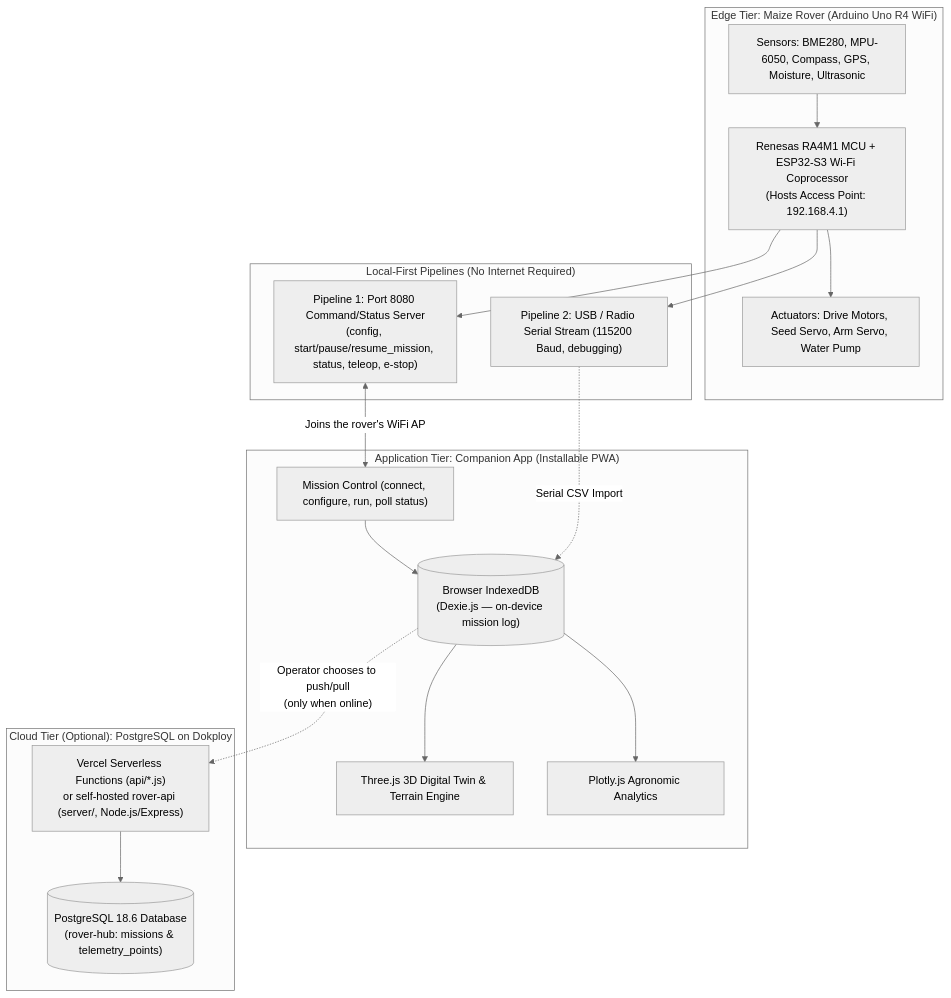
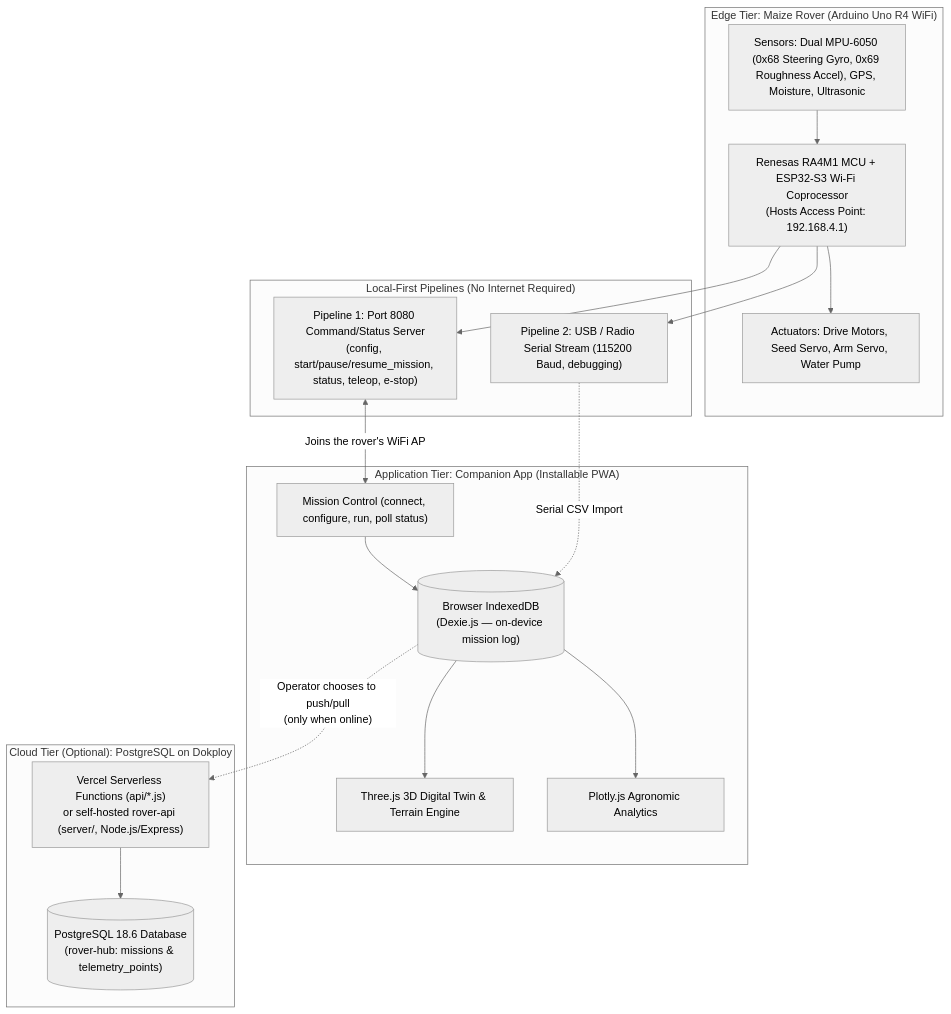
The first of 4 diagrams in docs/ARCHITECTURE_KNOWLEDGE_BASE.md (Elikplim-N/rover-mission-manager), drawn with Mermaid (neutral theme) before and after one commit. The commit also changed other lines of this file, not shown here.

First line of the commit message:
Update architecture knowledge base for dual-MPU-6050 revision

````diff
--- a/docs/ARCHITECTURE_KNOWLEDGE_BASE.md
+++ b/docs/ARCHITECTURE_KNOWLEDGE_BASE.md
@@ -21,38 +21,38 @@
 ```mermaid
 flowchart TB
     subgraph EdgeTier["Edge Tier: Maize Rover (Arduino Uno R4 WiFi)"]
-        Sensors["Sensors: BME280, MPU-6050, Compass, GPS, Moisture, Ultrasonic"]
+        Sensors["Sensors: Dual MPU-6050 (0x68 Steering Gyro, 0x69 Roughness Accel), GPS, Moisture, Ultrasonic"]
         Actuators["Actuators: Drive Motors, Seed Servo, Arm Servo, Water Pump"]
         MCU["Renesas RA4M1 MCU + ESP32-S3 Wi-Fi Coprocessor\n(Hosts Access Point: 192.168.4.1)"]
         Sensors --> MCU
         MCU --> Actuators
     end
 
     subgraph LocalPipes["Local-First Pipelines (No Internet Required)"]
         SerialOut["Pipeline 2: USB / Radio Serial Stream (115200 Baud, debugging)"]
         CmdServer["Pipeline 1: Port 8080 Command/Status Server\n(config, start/pause/resume_mission, status, teleop, e-stop)"]
         MCU --> SerialOut
         MCU --> CmdServer
     end
 
     subgraph AppTier["Application Tier: Companion App (Installable PWA)"]
         DexieDB[("Browser IndexedDB\n(Dexie.js — on-device mission log)")]
         ThreeD["Three.js 3D Digital Twin & Terrain Engine"]
         PlotlyAnalytics["Plotly.js Agronomic Analytics"]
         MissionCtl["Mission Control (connect, configure, run, poll status)"]
 
         CmdServer <-->|Joins the rover's WiFi AP| MissionCtl
         MissionCtl --> DexieDB
         SerialOut -.->|Serial CSV Import| DexieDB
         DexieDB --> ThreeD
         DexieDB --> PlotlyAnalytics
     end
 
     subgraph CloudTier["Cloud Tier (Optional): PostgreSQL on Dokploy"]
         VercelAPI["Vercel Serverless Functions (api/*.js)\nor self-hosted rover-api (server/, Node.js/Express)"]
         PostgresDB[("PostgreSQL 18.6 Database\n(rover-hub: missions & telemetry_points)")]
         VercelAPI --> PostgresDB
     end
 
     DexieDB -.->|"Operator chooses to push/pull\n(only when online)"| VercelAPI
 ```
````
